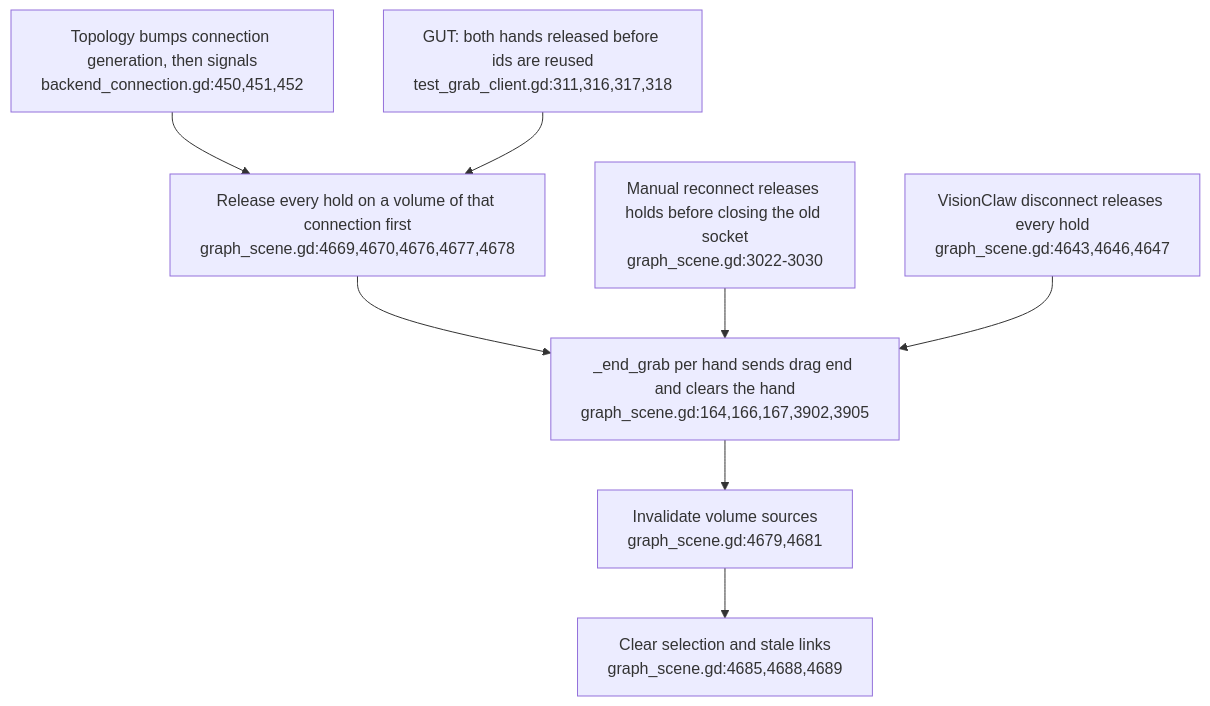
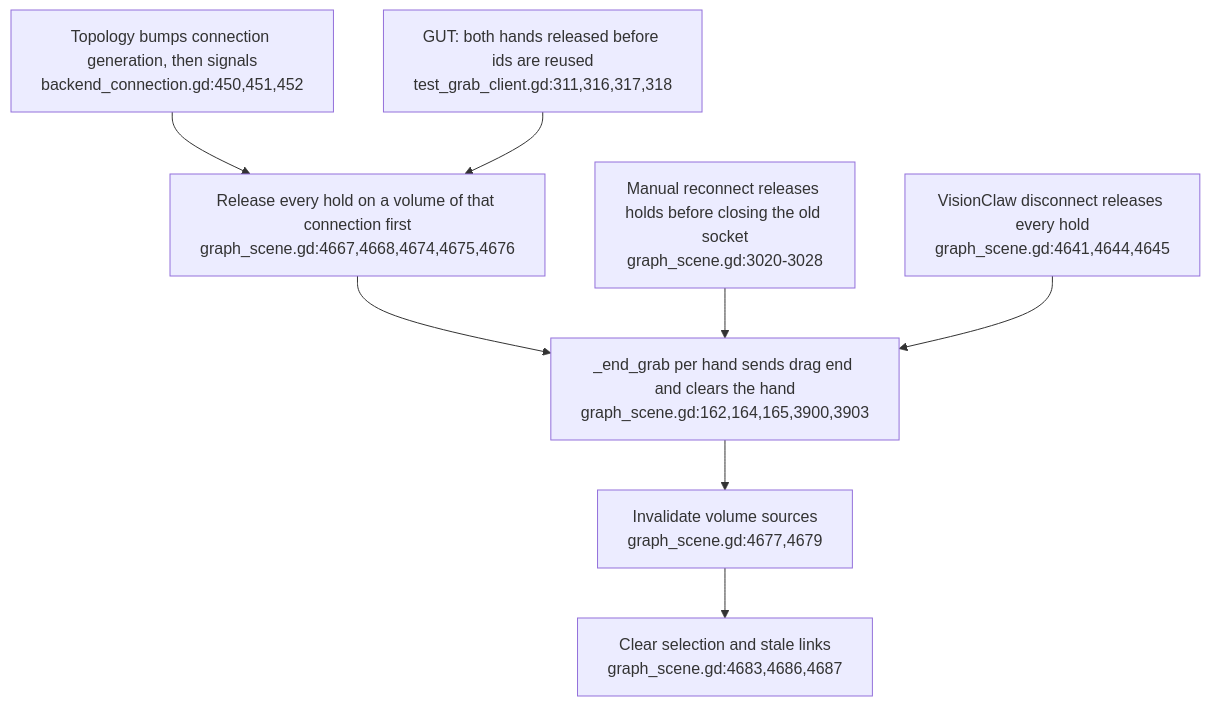
One commit to DreamLab-AI/VisionFlow changed the second of 6 diagrams in docs/diagrams/visionclaw/53-xr-grab-lifetimes-and-input.md. Above: the diagram before and after it, drawn with Mermaid. The commit also changed other lines of this file and 6 other files, not shown here.

First line of the commit message:
diagrams(visionclaw): re-verify VC-51..57 at visionclaw 4900ec60

````diff
--- a/docs/diagrams/visionclaw/53-xr-grab-lifetimes-and-input.md
+++ b/docs/diagrams/visionclaw/53-xr-grab-lifetimes-and-input.md
@@ -41,10 +41,10 @@
 ```mermaid
 flowchart TD
-    GEN["Topology bumps connection generation, then signals<br/>backend_connection.gd:450,451,452"] --> RELEASE["Release every hold on a volume of that connection first<br/>graph_scene.gd:4669,4670,4676,4677,4678"]
-    RELEASE --> END["_end_grab per hand sends drag end and clears the hand<br/>graph_scene.gd:164,166,167,3902,3905"]
-    END --> SOURCE["Invalidate volume sources<br/>graph_scene.gd:4679,4681"]
-    SOURCE --> CLEAR["Clear selection and stale links<br/>graph_scene.gd:4685,4688,4689"]
-    SWAP["Manual reconnect releases holds before closing the old socket<br/>graph_scene.gd:3022-3030"] --> END
-    DROP["VisionClaw disconnect releases every hold<br/>graph_scene.gd:4643,4646,4647"] --> END
+    GEN["Topology bumps connection generation, then signals<br/>backend_connection.gd:450,451,452"] --> RELEASE["Release every hold on a volume of that connection first<br/>graph_scene.gd:4667,4668,4674,4675,4676"]
+    RELEASE --> END["_end_grab per hand sends drag end and clears the hand<br/>graph_scene.gd:162,164,165,3900,3903"]
+    END --> SOURCE["Invalidate volume sources<br/>graph_scene.gd:4677,4679"]
+    SOURCE --> CLEAR["Clear selection and stale links<br/>graph_scene.gd:4683,4686,4687"]
+    SWAP["Manual reconnect releases holds before closing the old socket<br/>graph_scene.gd:3020-3028"] --> END
+    DROP["VisionClaw disconnect releases every hold<br/>graph_scene.gd:4641,4644,4645"] --> END
     TEST["GUT: both hands released before ids are reused<br/>test_grab_client.gd:311,316,317,318"] --> RELEASE
 ```
````
